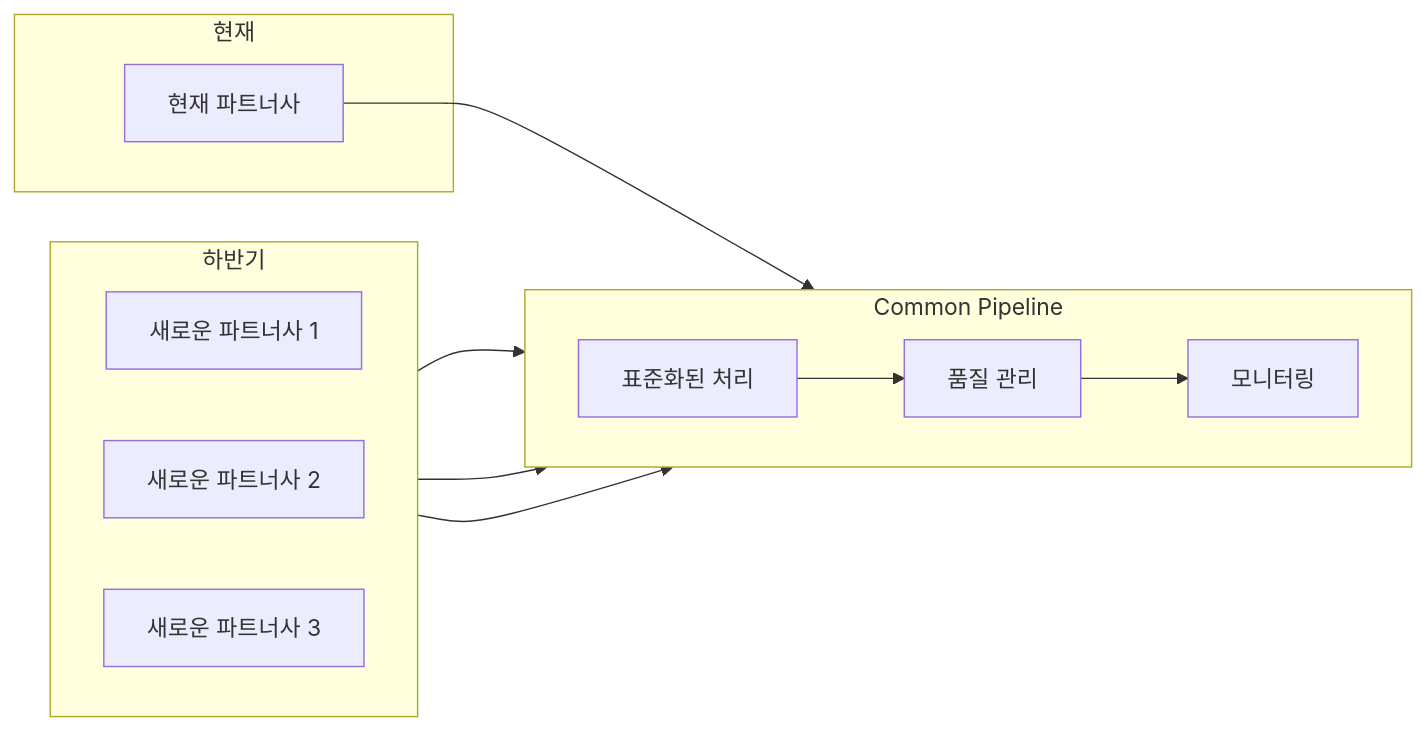
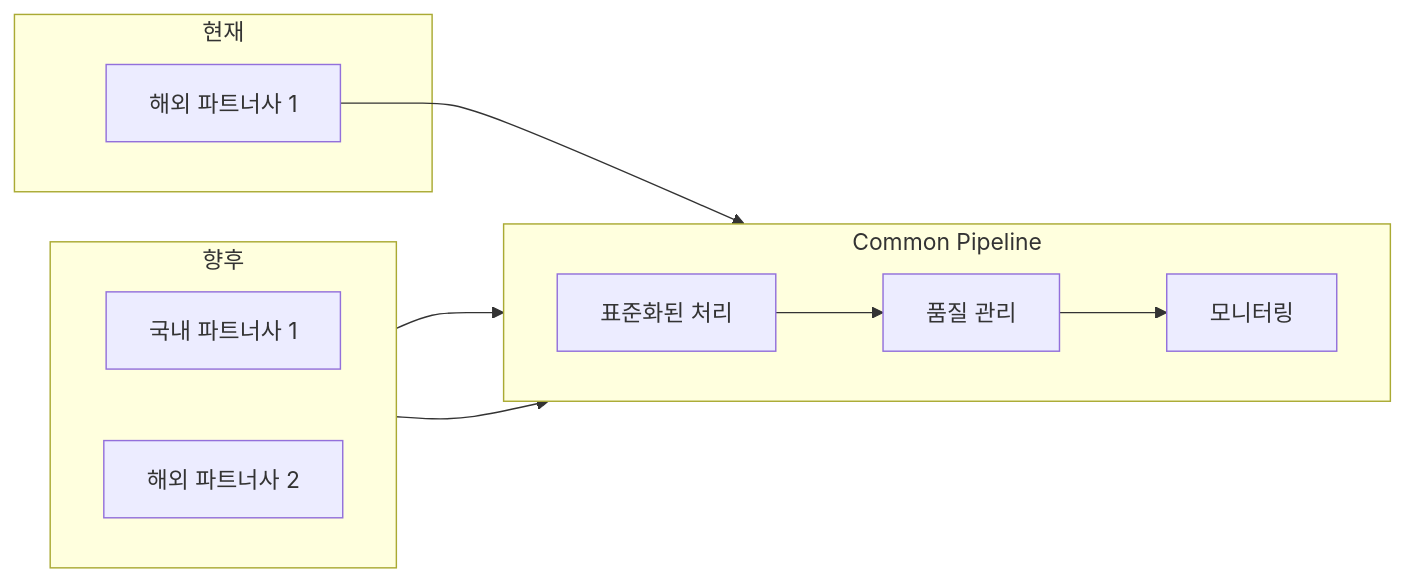
One commit to yeokyeong-yoon/yeokyeong-yoon.github.io changed the third of 4 diagrams in _posts/2025-03-18-etl-pipeline.md. Above: the diagram before and after it, drawn with Mermaid. The commit also changed other lines of this file, not shown here.

````diff
--- a/_posts/2025-03-18-etl-pipeline.md
+++ b/_posts/2025-03-18-etl-pipeline.md
@@ -73,28 +103,26 @@
 ```mermaid
 graph LR
     subgraph "현재"
-        Current[현재 파트너사]
+        Current[해외 파트너사 1]
     end
     
-    subgraph "하반기"
+    subgraph "향후"
         direction LR
-        New1[새로운 파트너사 1]
-        New2[새로운 파트너사 2]
-        New3[새로운 파트너사 3]
+        New1[국내 파트너사 1]
+        New2[해외 파트너사 2]
     end
     
     subgraph "Common Pipeline"
         direction LR
         Standard[표준화된 처리]
         Quality[품질 관리]
         Monitor[모니터링]
     end
     
     Current --> Standard
     New1 --> Standard
     New2 --> Standard
-    New3 --> Standard
     
     Standard --> Quality
     Quality --> Monitor
 ```
````
